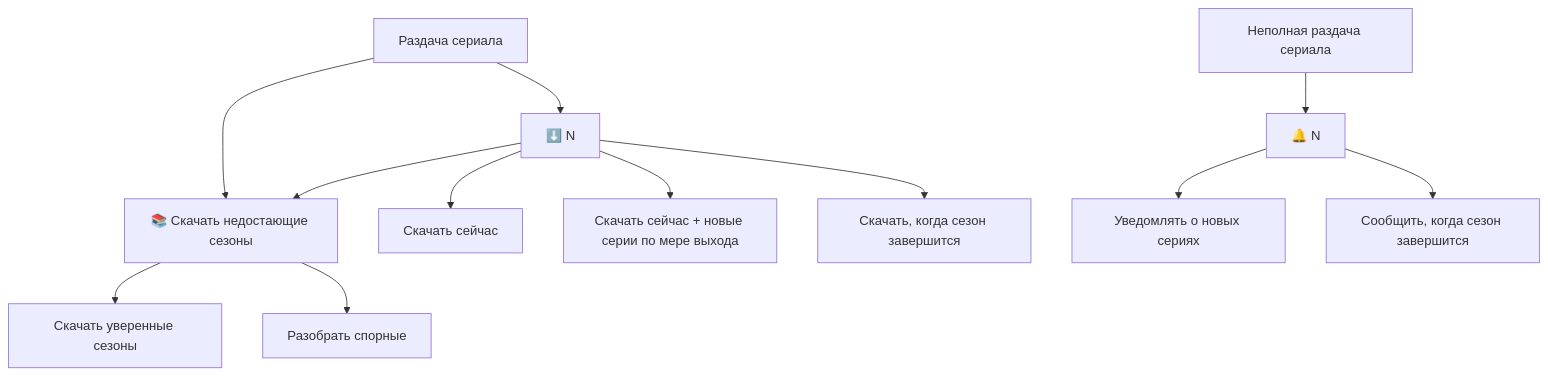
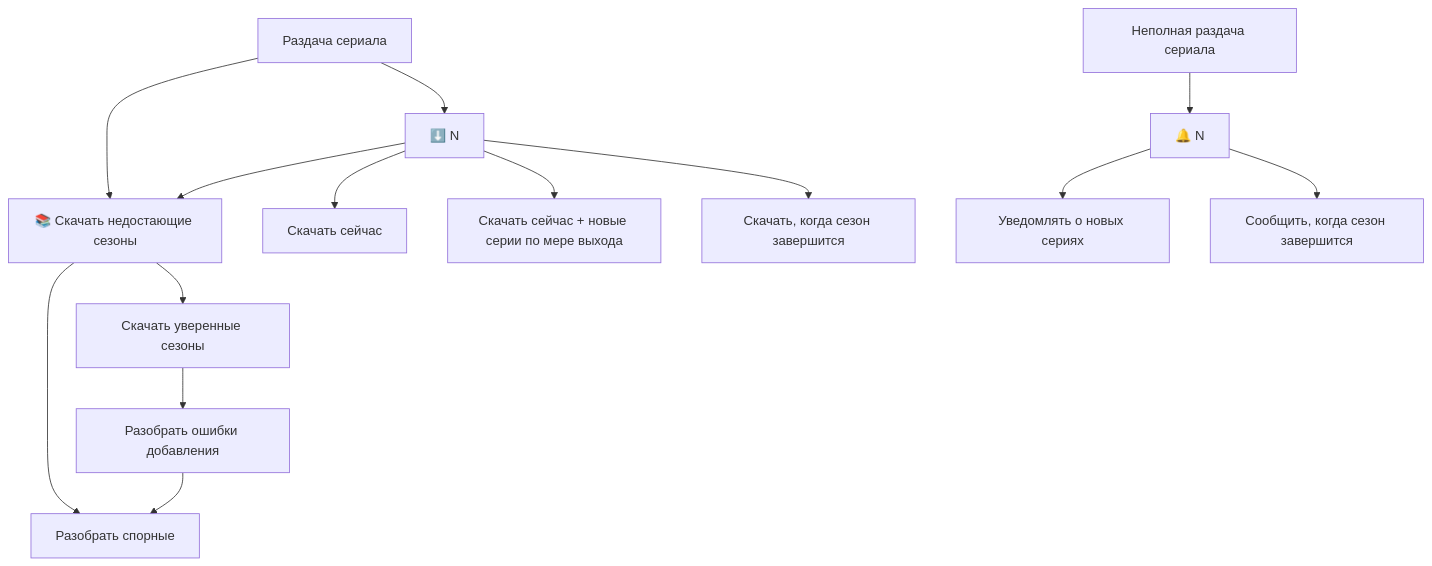
The second of 3 diagrams in README.md (KiMorev/tg-torrent-bot), drawn with Mermaid before and after one commit. The commit also changed other lines of this file and 4 other files, not shown here.

````diff
--- a/README.md
+++ b/README.md
@@ -94,14 +94,16 @@
 ```mermaid
 flowchart TD
     result["Раздача сериала"] --> download["⬇️ N"]
     result --> bulk["📚 Скачать недостающие сезоны"]
     partial["Неполная раздача сериала"] --> notify["🔔 N"]
     download --> now["Скачать сейчас"]
     download --> bulk
     bulk --> confident["Скачать уверенные сезоны"]
     bulk --> review["Разобрать спорные"]
+    confident --> retry["Разобрать ошибки добавления"]
+    retry --> review
     download --> now_updates["Скачать сейчас + новые серии по мере выхода"]
     download --> wait_full["Скачать, когда сезон завершится"]
     notify --> each["Уведомлять о новых сериях"]
     notify --> final["Сообщить, когда сезон завершится"]
 ```
````
